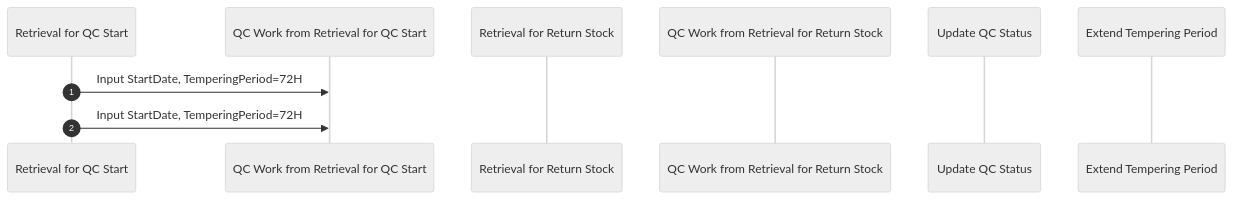
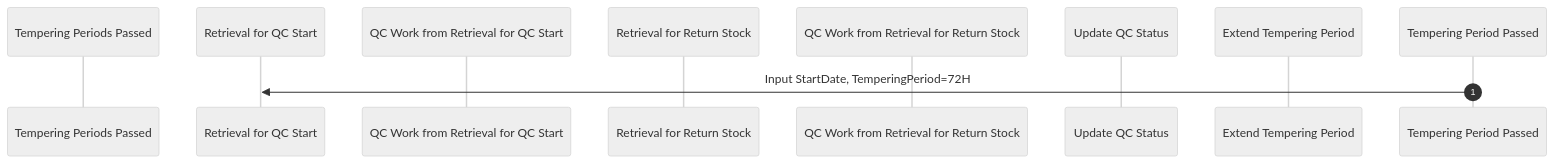
One commit to luthfiadityaa/SimeDarby-Wiki changed the diagram in Basic-Design/DFD-WMS/Retrieval/QC-Setting.md. Above: the diagram before and after it, drawn with Mermaid (neutral theme). The commit also changed other lines of this file, not shown here.

Commit message:
Updated QC Setting

```diff
--- a/Basic-Design/DFD-WMS/Retrieval/QC-Setting.md
+++ b/Basic-Design/DFD-WMS/Retrieval/QC-Setting.md
@@ -4,16 +6,17 @@
 ::: mermaid
 sequenceDiagram
     autonumber
 
+    participant Tempering Periods Passed
     participant Retrieval for QC Start
     participant QC Work from Retrieval for QC Start
     participant Retrieval for Return Stock
     participant QC Work from Retrieval for Return Stock
     participant Update QC Status
     participant Extend Tempering Period
 
-    %% --- 1. Retrieval for QC Start ---
-    Retrieval for QC Start ->> QC Work from Retrieval for QC Start: Input StartDate, TemperingPeriod=72H
-    Retrieval for QC Start ->> QC Work from Retrieval for QC Start: Input StartDate, TemperingPeriod=72H
+    %% --- 1. Tempering Periods Passed ---
+    Tempering Period Passed ->> Retrieval for QC Start: Input StartDate, TemperingPeriod=72H
+
 
 :::
```
